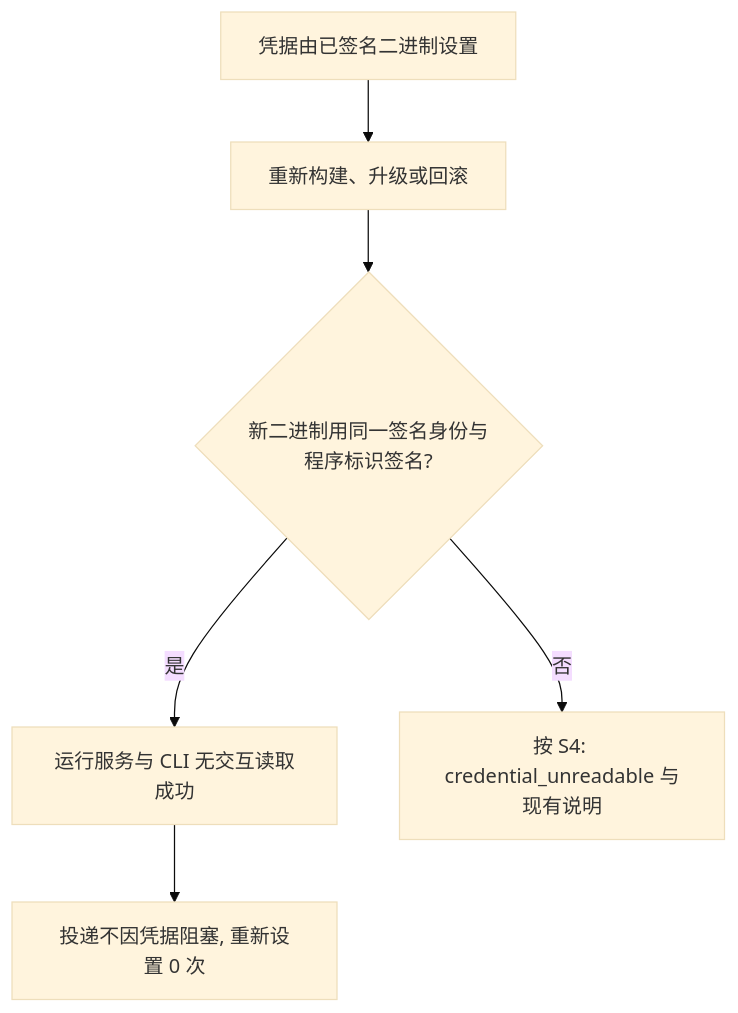
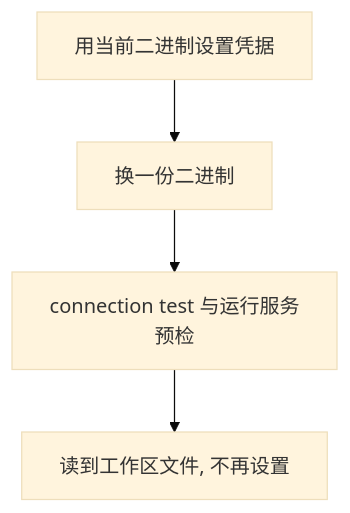
Before and after one commit to xforce-io/atelier: the second of 3 diagrams in docs/design/24-stable-signing-identity/product.md, drawn with Mermaid (base theme). The commit also changed other lines of this file and 12 other files, not shown here.

````diff
--- a/docs/design/24-stable-signing-identity/product.md
+++ b/docs/design/24-stable-signing-identity/product.md
@@ -140,8 +72,6 @@
 ```mermaid
 flowchart TD
-    A[凭据由已签名二进制设置] --> B[重新构建、升级或回滚]
-    B --> C{新二进制用同一签名身份与程序标识签名?}
-    C -->|是| D[运行服务与 CLI 无交互读取成功]
-    D --> E[投递不因凭据阻塞, 重新设置 0 次]
-    C -->|否| F[按 S4: credential_unreadable 与现有说明]
+    A[用当前二进制设置凭据] --> B[换一份二进制]
+    B --> C[connection test 与运行服务预检]
+    C --> D[读到工作区文件, 不再设置]
 ```
````
